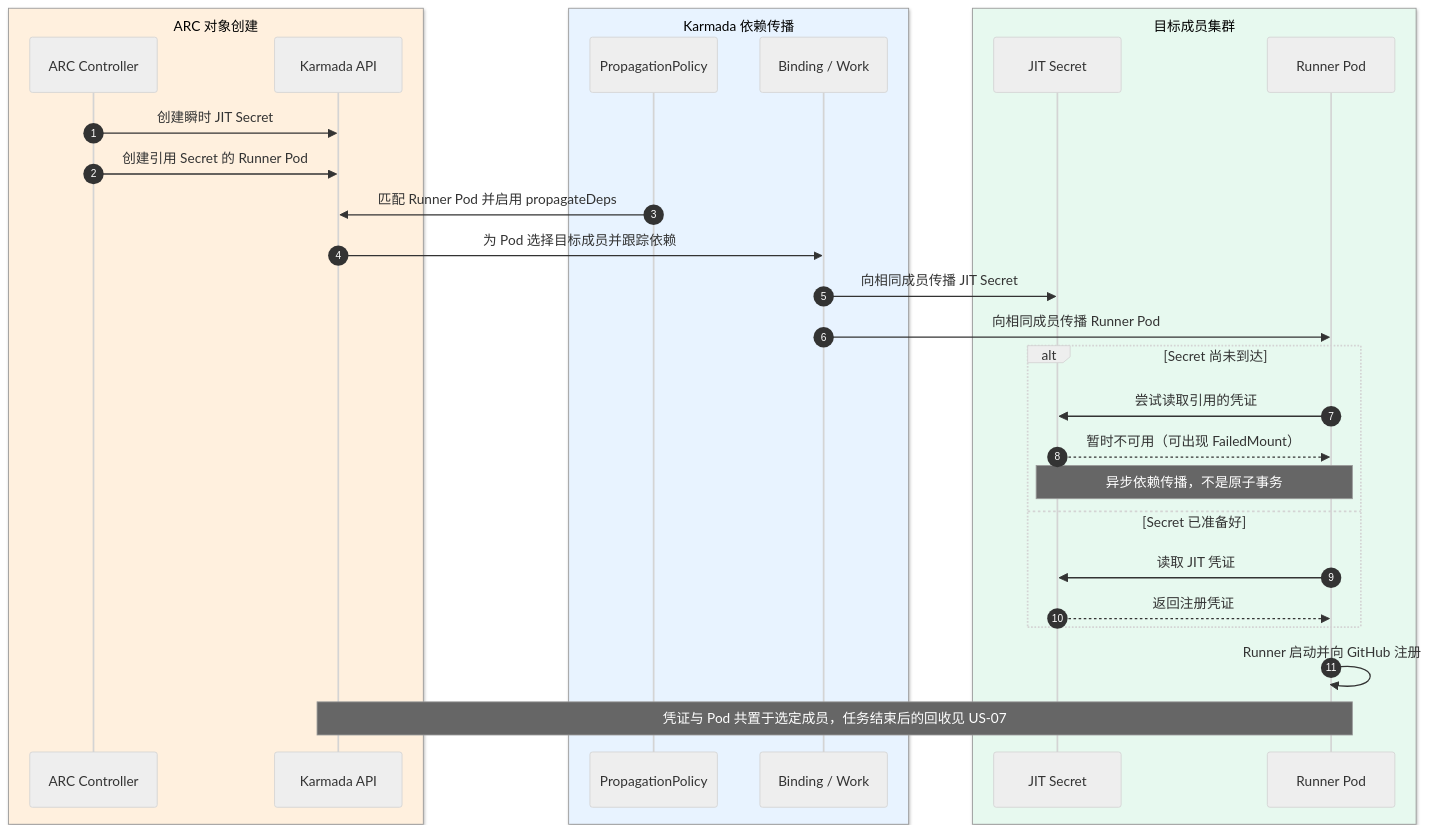
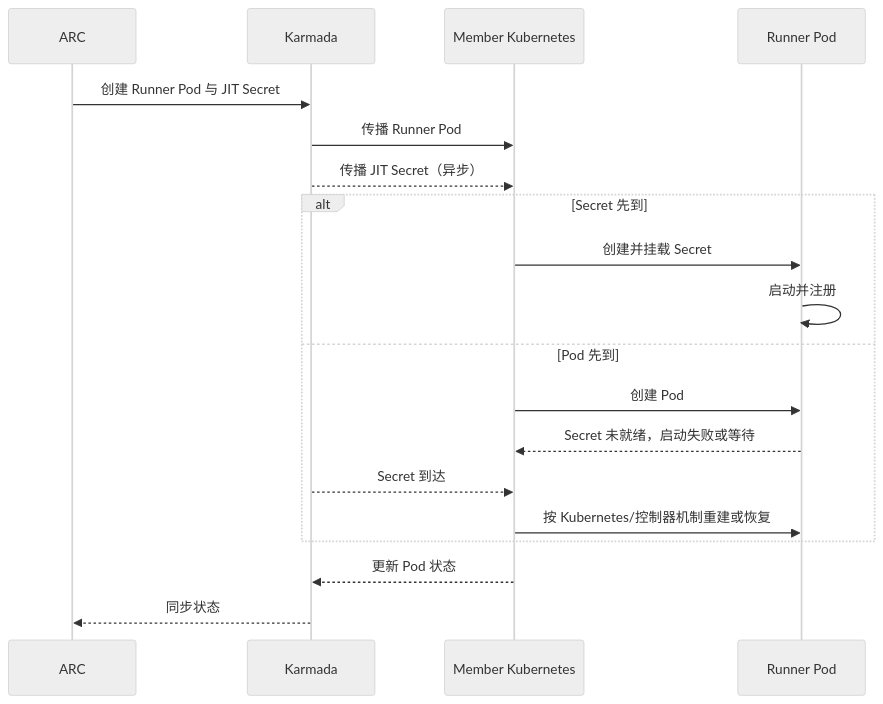
The ninth of 12 diagrams in docs/ASCEND-CI-FEDERATED-CLUSTER-FUNCTIONAL-DESIGN.md (pkking/arc-karmada-test), drawn with Mermaid (neutral theme) before and after one commit. The commit also changed other lines of this file, not shown here.

````diff
--- a/docs/ASCEND-CI-FEDERATED-CLUSTER-FUNCTIONAL-DESIGN.md
+++ b/docs/ASCEND-CI-FEDERATED-CLUSTER-FUNCTIONAL-DESIGN.md
@@ -1076,33 +999,21 @@
 ```mermaid
 sequenceDiagram
-    autonumber
-    box rgb(255,240,222) ARC 对象创建
-        participant C as ARC Controller
-        participant API as Karmada API
+    participant A as ARC
+    participant K as Karmada
+    participant M as Member Kubernetes
+    participant R as Runner Pod
+    A->>K: 创建 Runner Pod 与 JIT Secret
+    K->>M: 传播 Runner Pod
+    K-->>M: 传播 JIT Secret（异步）
+    alt Secret 先到
+        M->>R: 创建并挂载 Secret
+        R->>R: 启动并注册
+    else Pod 先到
+        M->>R: 创建 Pod
+        R-->>M: Secret 未就绪，启动失败或等待
+        K-->>M: Secret 到达
+        M->>R: 按 Kubernetes/控制器机制重建或恢复
     end
-    box rgb(232,243,255) Karmada 依赖传播
-        participant P as PropagationPolicy
-        participant B as Binding / Work
-    end
-    box rgb(231,249,239) 目标成员集群
-        participant Secret as JIT Secret
-        participant Pod as Runner Pod
-    end
-
-    C->>API: 创建瞬时 JIT Secret
-    C->>API: 创建引用 Secret 的 Runner Pod
-    P->>API: 匹配 Runner Pod 并启用 propagateDeps
-    API->>B: 为 Pod 选择目标成员并跟踪依赖
-    B->>Secret: 向相同成员传播 JIT Secret
-    B->>Pod: 向相同成员传播 Runner Pod
-    alt Secret 尚未到达
-        Pod->>Secret: 尝试读取引用的凭证
-        Secret-->>Pod: 暂时不可用（可出现 FailedMount）
-        Note over Secret,Pod: 异步依赖传播，不是原子事务
-    else Secret 已准备好
-        Pod->>Secret: 读取 JIT 凭证
-        Secret-->>Pod: 返回注册凭证
-    end
-    Pod->>Pod: Runner 启动并向 GitHub 注册
-    Note over API,Pod: 凭证与 Pod 共置于选定成员，任务结束后的回收见 US-07
+    M-->>K: 更新 Pod 状态
+    K-->>A: 同步状态
 ```
````
